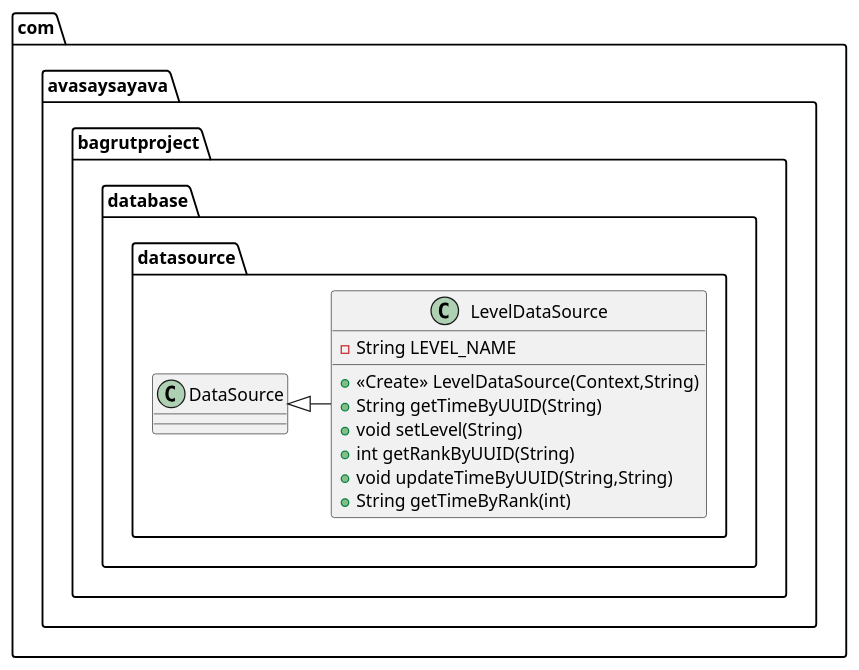
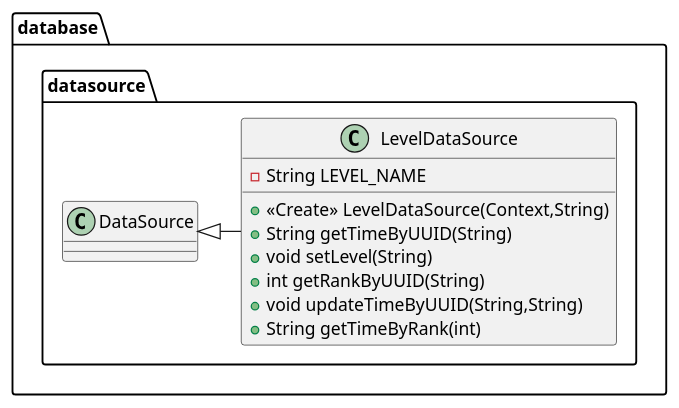
The diagram in ProjectApp/app/src/main/java/com/avasaysayava/bagrutproject/database/datasource/LevelDataSource.puml (Avasay-Sayava/BagrutProject), drawn with PlantUML before and after one commit. The commit also changed 41 other files, not shown here.

```diff
--- a/ProjectApp/app/src/main/java/com/avasaysayava/bagrutproject/database/datasource/LevelDataSource.puml
+++ b/ProjectApp/app/src/main/java/com/avasaysayava/bagrutproject/database/datasource/LevelDataSource.puml
@@ -1,16 +1,16 @@
 @startuml
-class com.avasaysayava.bagrutproject.database.datasource.LevelDataSource {
+class database.datasource.LevelDataSource {
 - String LEVEL_NAME
 + <<Create>> LevelDataSource(Context,String)
 + String getTimeByUUID(String)
 + void setLevel(String)
 + int getRankByUUID(String)
 + void updateTimeByUUID(String,String)
 + String getTimeByRank(int)
 }
 
 
 
 
-com.avasaysayava.bagrutproject.database.datasource.DataSource <|- com.avasaysayava.bagrutproject.database.datasource.LevelDataSource
+database.datasource.DataSource <|- database.datasource.LevelDataSource
 @enduml
```
